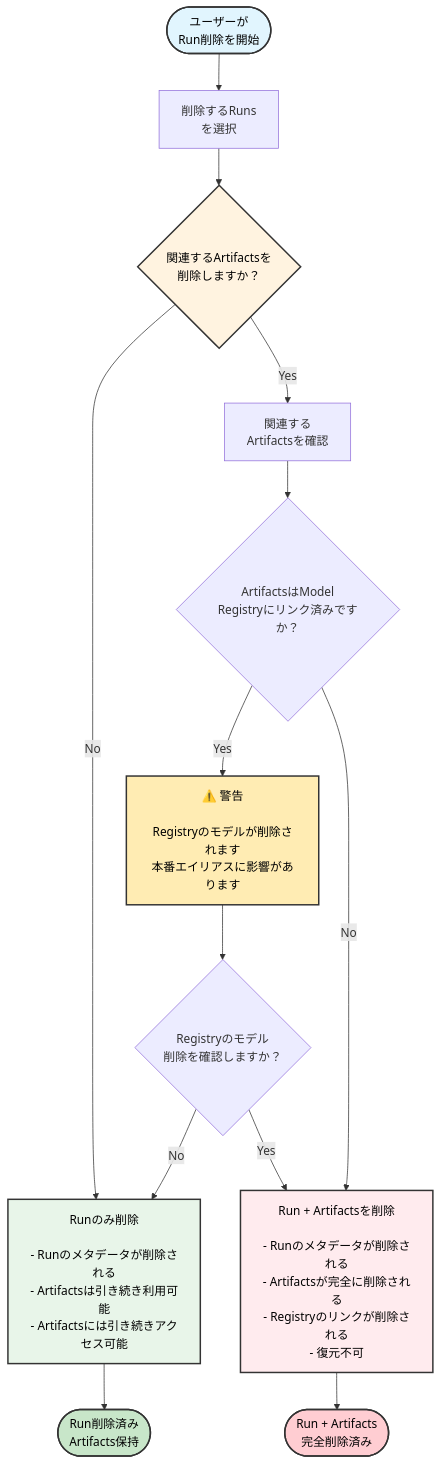
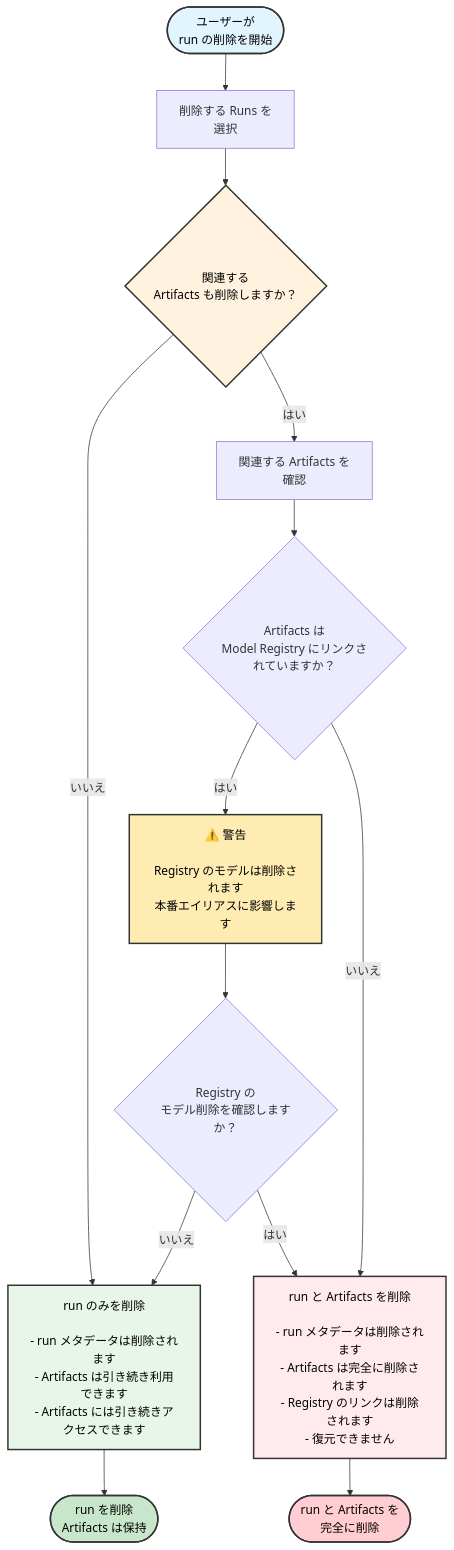
One commit to wandb/docs changed the diagram in ja/models/runs/delete-runs.mdx. Above: the diagram before and after it, drawn with Mermaid. The commit also changed other lines of this file and 15 other files, not shown here.

````diff
--- a/ja/models/runs/delete-runs.mdx
+++ b/ja/models/runs/delete-runs.mdx
@@ -57,31 +57,22 @@
 ```mermaid
 graph TB
-    Start([ユーザーが<br/>Run削除を開始]) --> RunSelect[削除するRuns<br/>を選択]
-    
-    RunSelect --> DeletePrompt{関連するArtifactsを<br/>削除しますか？}
-    
-    DeletePrompt -->|No| DeleteRunOnly[Runのみ削除<br/><br/>- Runのメタデータが削除される<br/>- Artifactsは引き続き利用可能<br/>- Artifactsには引き続きアクセス可能]
-    
-    DeletePrompt -->|Yes| CheckArtifacts[関連する<br/>Artifactsを確認]
-    
-    CheckArtifacts --> HasRegistry{ArtifactsはModel<br/>Registryにリンク済みですか？}
-    
-    HasRegistry -->|Yes| RegistryWarning[⚠️ 警告<br/><br/>Registryのモデルが削除されます<br/>本番エイリアスに影響があります]
-    HasRegistry -->|No| DirectDelete
-    
-    RegistryWarning --> ConfirmRegistry{Registryのモデル<br/>削除を確認しますか？}
-    
-    ConfirmRegistry -->|No| DeleteRunOnly
-    ConfirmRegistry -->|Yes| DirectDelete[Run + Artifactsを削除<br/><br/>- Runのメタデータが削除される<br/>- Artifactsが完全に削除される<br/>- Registryのリンクが削除される<br/>- 復元不可]
-    
-    DeleteRunOnly --> PartialEnd([Run削除済み<br/>Artifacts保持])
-    DirectDelete --> FullEnd([Run + Artifacts<br/>完全削除済み])
-    
+    Start([ユーザーが<br/>run の削除を開始]) --> RunSelect[削除する Runs を<br/>選択]
+    RunSelect --> DeletePrompt{関連する<br/>Artifacts も削除しますか？}
+    DeletePrompt -->|いいえ| DeleteRunOnly[run のみを削除<br/><br/>- run メタデータは削除されます<br/>- Artifacts は引き続き利用できます<br/>- Artifacts には引き続きアクセスできます]
+    DeletePrompt -->|はい| CheckArtifacts[関連する Artifacts を<br/>確認]
+    CheckArtifacts --> HasRegistry{Artifacts は<br/>Model Registry にリンクされていますか？}
+    HasRegistry -->|はい| RegistryWarning[⚠️ 警告<br/><br/>Registry のモデルは削除されます<br/>本番エイリアスに影響します]
+    HasRegistry -->|いいえ| DirectDelete
+    RegistryWarning --> ConfirmRegistry{Registry の<br/>モデル削除を確認しますか？}
+    ConfirmRegistry -->|いいえ| DeleteRunOnly
+    ConfirmRegistry -->|はい| DirectDelete[run と Artifacts を削除<br/><br/>- run メタデータは削除されます<br/>- Artifacts は完全に削除されます<br/>- Registry のリンクは削除されます<br/>- 復元できません]
+    DeleteRunOnly --> PartialEnd([run を削除<br/>Artifacts は保持])
+    DirectDelete --> FullEnd([run と Artifacts を<br/>完全に削除])
     style Start fill:#e1f5fe,stroke:#333,stroke-width:2px,color:#000
     style DeletePrompt fill:#fff3e0,stroke:#333,stroke-width:2px,color:#000
     style RegistryWarning fill:#ffecb3,stroke:#333,stroke-width:2px,color:#000
     style DirectDelete fill:#ffebee,stroke:#333,stroke-width:2px,color:#000
     style DeleteRunOnly fill:#e8f5e9,stroke:#333,stroke-width:2px,color:#000
     style PartialEnd fill:#c8e6c9,stroke:#333,stroke-width:2px,color:#000
     style FullEnd fill:#ffcdd2,stroke:#333,stroke-width:2px,color:#000
 ```
````
